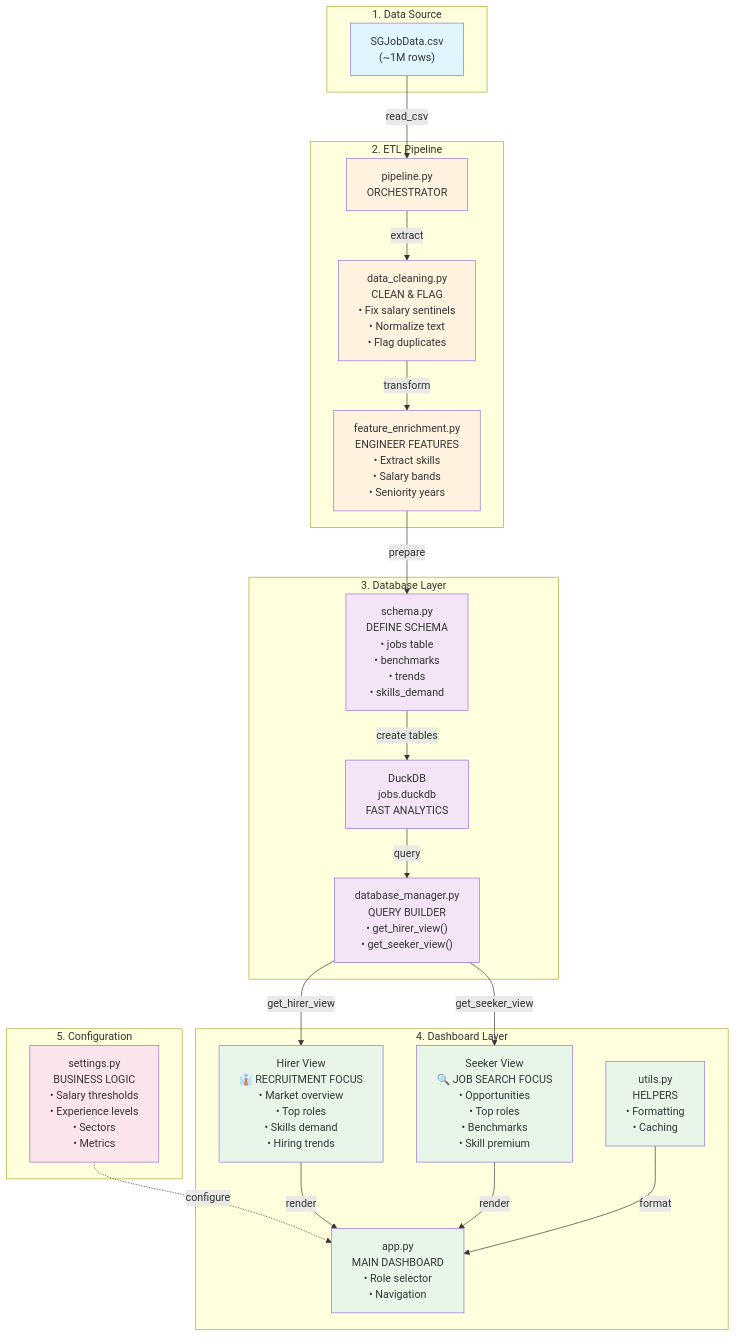
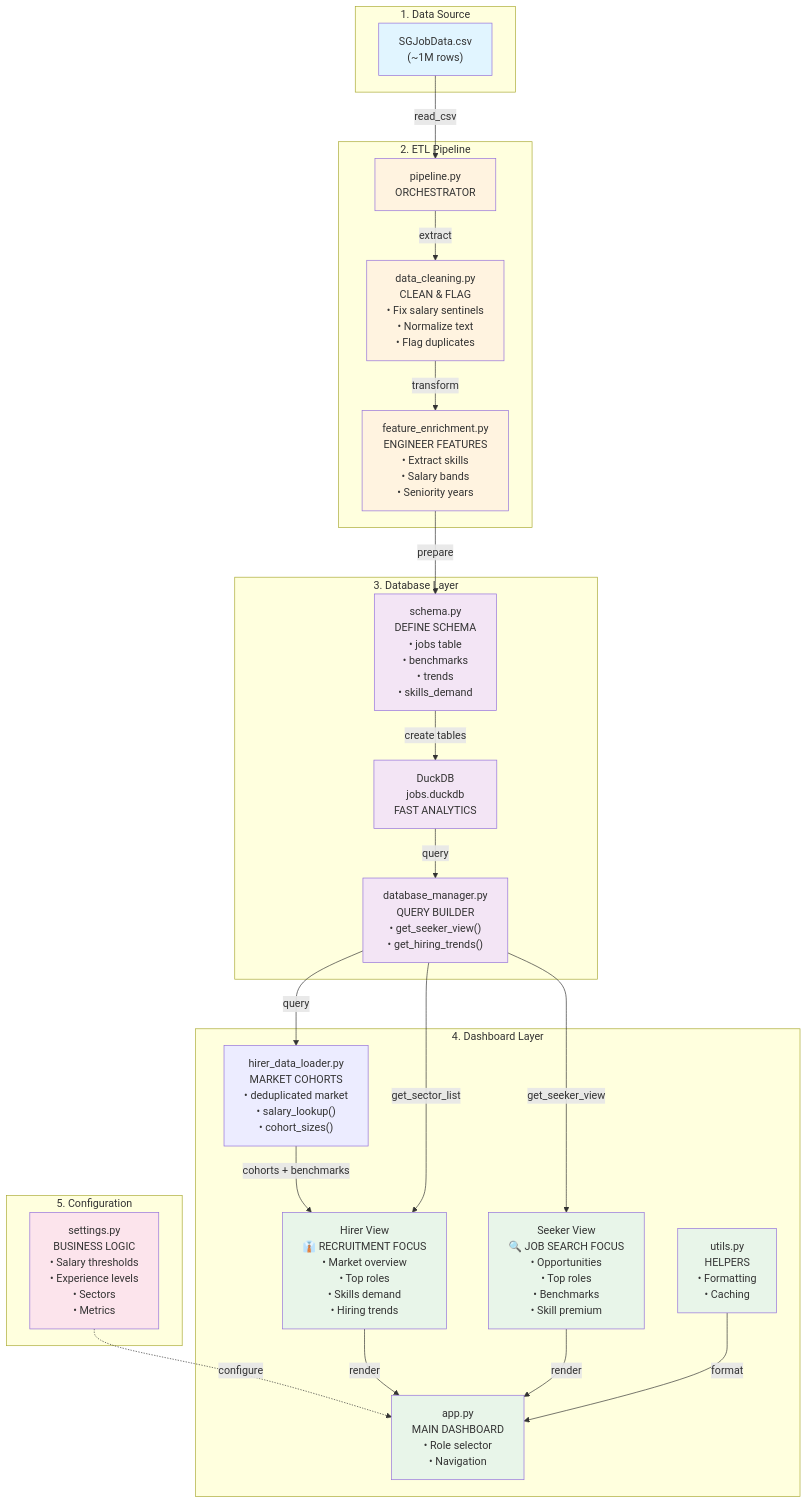
The diagram in ARCHITECTURE.md (bomberblue/job-analytics-dashboard), drawn with Mermaid before and after one commit. The commit also changed other lines of this file and 4 other files, not shown here.

Commit message:
fix hirer chart filters

````diff
--- a/ARCHITECTURE.md
+++ b/ARCHITECTURE.md
@@ -1,55 +1,58 @@
 ```mermaid
 graph TB
     subgraph "1. Data Source"
         CSV["SGJobData.csv<br/>(~1M rows)"]
     end
 
     subgraph "2. ETL Pipeline"
         PIPE["pipeline.py<br/>ORCHESTRATOR"]
         CLEAN["data_cleaning.py<br/>CLEAN & FLAG<br/>• Fix salary sentinels<br/>• Normalize text<br/>• Flag duplicates"]
         FEAT["feature_enrichment.py<br/>ENGINEER FEATURES<br/>• Extract skills<br/>• Salary bands<br/>• Seniority years"]
     end
 
     subgraph "3. Database Layer"
         SCHEMA["schema.py<br/>DEFINE SCHEMA<br/>• jobs table<br/>• benchmarks<br/>• trends<br/>• skills_demand"]
         DB["DuckDB<br/>jobs.duckdb<br/>FAST ANALYTICS"]
-        DBMGR["database_manager.py<br/>QUERY BUILDER<br/>• get_hirer_view()<br/>• get_seeker_view()"]
+        DBMGR["database_manager.py<br/>QUERY BUILDER<br/>• get_seeker_view()<br/>• get_hiring_trends()"]
     end
 
     subgraph "4. Dashboard Layer"
         APP["app.py<br/>MAIN DASHBOARD<br/>• Role selector<br/>• Navigation"]
         HIRER["Hirer View<br/>👔 RECRUITMENT FOCUS<br/>• Market overview<br/>• Top roles<br/>• Skills demand<br/>• Hiring trends"]
         SEEKER["Seeker View<br/>🔍 JOB SEARCH FOCUS<br/>• Opportunities<br/>• Top roles<br/>• Benchmarks<br/>• Skill premium"]
+        DL["hirer_data_loader.py<br/>MARKET COHORTS<br/>• deduplicated market<br/>• salary_lookup()<br/>• cohort_sizes()"]
         UTILS["utils.py<br/>HELPERS<br/>• Formatting<br/>• Caching"]
     end
 
     subgraph "5. Configuration"
         CONFIG["settings.py<br/>BUSINESS LOGIC<br/>• Salary thresholds<br/>• Experience levels<br/>• Sectors<br/>• Metrics"]
     end
 
     CSV -->|read_csv| PIPE
     PIPE -->|extract| CLEAN
     CLEAN -->|transform| FEAT
     FEAT -->|prepare| SCHEMA
     SCHEMA -->|create tables| DB
     DB -->|query| DBMGR
-    DBMGR -->|get_hirer_view| HIRER
+    DBMGR -->|query| DL
+    DL -->|cohorts + benchmarks| HIRER
+    DBMGR -->|get_sector_list| HIRER
     DBMGR -->|get_seeker_view| SEEKER
     CONFIG -.->|configure| APP
     HIRER -->|render| APP
     SEEKER -->|render| APP
     UTILS -->|format| APP
 
     style CSV fill:#e1f5ff
     style PIPE fill:#fff3e0
     style CLEAN fill:#fff3e0
     style FEAT fill:#fff3e0
     style SCHEMA fill:#f3e5f5
     style DB fill:#f3e5f5
     style DBMGR fill:#f3e5f5
     style APP fill:#e8f5e9
     style HIRER fill:#e8f5e9
     style SEEKER fill:#e8f5e9
     style UTILS fill:#e8f5e9
     style CONFIG fill:#fce4ec
 ```
````
